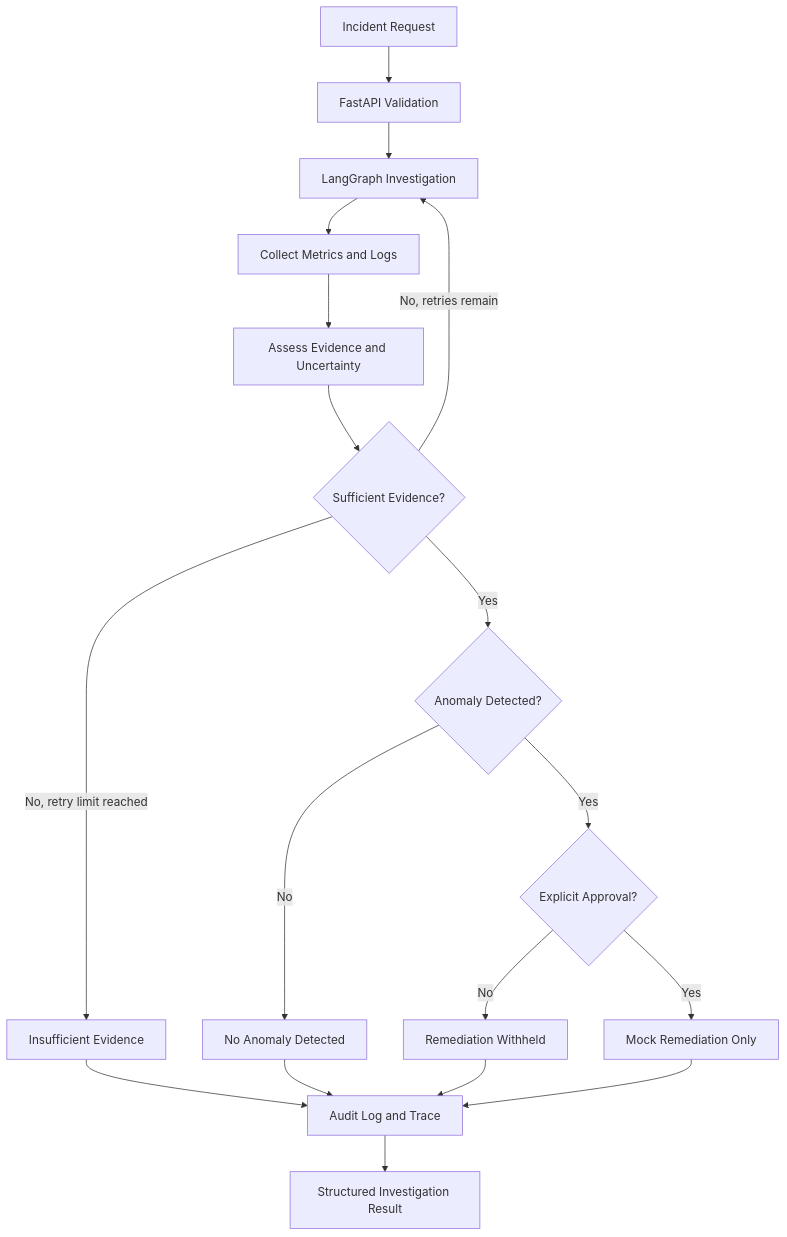
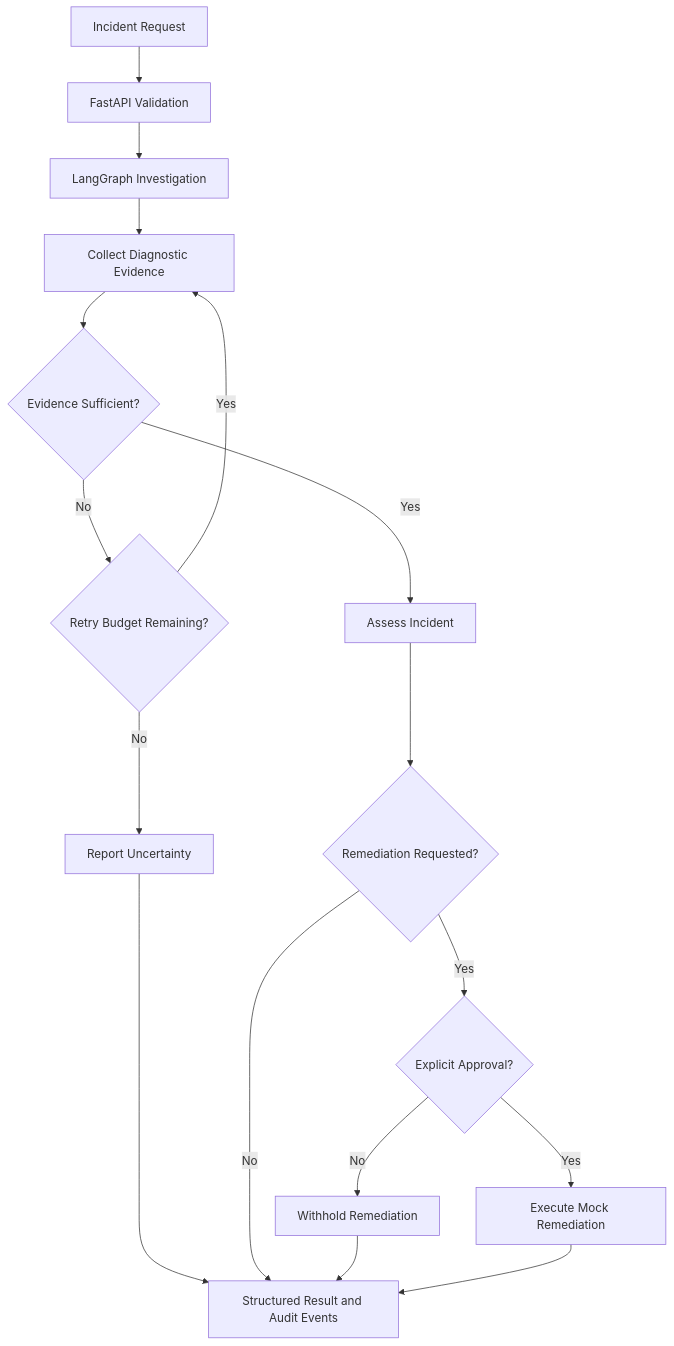
One commit to YusraShereen/AgentOps-Investigator changed the diagram in README.md. Above: the diagram before and after it, drawn with Mermaid. The commit also changed other lines of this file, not shown here.

````diff
--- a/README.md
+++ b/README.md
@@ -24,20 +24,19 @@
 ```mermaid
 flowchart TD
     A[Incident Request] --> B[FastAPI Validation]
     B --> C[LangGraph Investigation]
-    C --> D[Collect Metrics and Logs]
-    D --> E[Assess Evidence and Uncertainty]
-    E --> F{Sufficient Evidence?}
-    F -->|No, retries remain| C
-    F -->|No, retry limit reached| G[Insufficient Evidence]
-    F -->|Yes| H{Anomaly Detected?}
-    H -->|No| I[No Anomaly Detected]
-    H -->|Yes| J{Explicit Approval?}
-    J -->|No| K[Remediation Withheld]
-    J -->|Yes| L[Mock Remediation Only]
-    G --> M[Audit Log and Trace]
-    I --> M
-    K --> M
-    L --> M
-    M --> N[Structured Investigation Result]
+    C --> D[Collect Diagnostic Evidence]
+    D --> E{Evidence Sufficient?}
+    E -- No --> F{Retry Budget Remaining?}
+    F -- Yes --> D
+    F -- No --> G[Report Uncertainty]
+    E -- Yes --> H[Assess Incident]
+    G --> I[Structured Result and Audit Events]
+    H --> J{Remediation Requested?}
+    J -- No --> I
+    J -- Yes --> K{Explicit Approval?}
+    K -- No --> L[Withhold Remediation]
+    K -- Yes --> M[Execute Mock Remediation]
+    L --> I
+    M --> I
 ```
````
